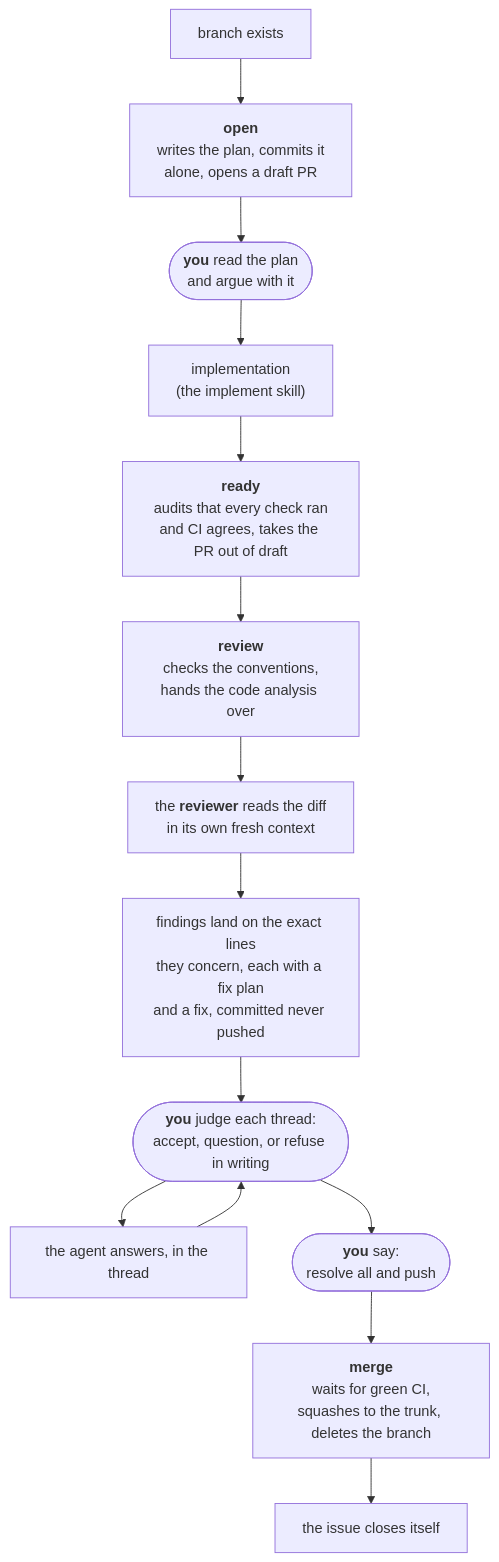
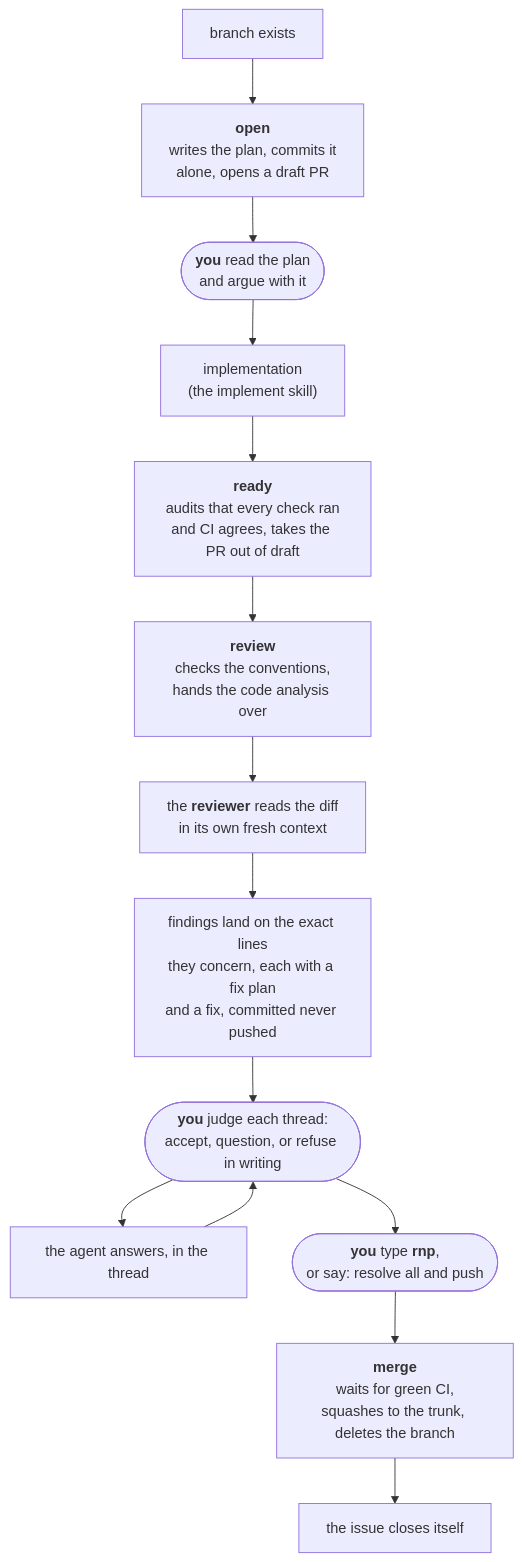
Before and after one commit to izkreny/agentifico: the diagram in plugins/gh-solo/skills/pr-flow/README.md, drawn with Mermaid. The commit also changed other lines of this file and 12 other files, not shown here.

First line of the commit message:
feat(gh-solo): add rnp shortcut for resolve and push (#47)

````diff
--- a/plugins/gh-solo/skills/pr-flow/README.md
+++ b/plugins/gh-solo/skills/pr-flow/README.md
@@ -24,16 +24,16 @@
 ```mermaid
 flowchart TD
     A["branch exists"] --> B["<b>open</b><br/>writes the plan, commits it<br/>alone, opens a draft PR"]
     B --> STOP(["<b>you</b> read the plan<br/>and argue with it"])
     STOP --> C["implementation<br/>(the implement skill)"]
     C --> D["<b>ready</b><br/>audits that every check ran<br/>and CI agrees, takes the PR out of draft"]
     D --> E["<b>review</b><br/>checks the conventions,<br/>hands the code analysis over"]
     E --> F["the <b>reviewer</b> reads the diff<br/>in its own fresh context"]
     F --> G["findings land on the exact lines<br/>they concern, each with a fix plan<br/>and a fix, committed never pushed"]
     G --> Q(["<b>you</b> judge each thread:<br/>accept, question, or refuse in writing"])
     Q --> R["the agent answers, in the thread"]
     R --> Q
-    Q --> S(["<b>you</b> say:<br/>resolve all and push"])
+    Q --> S(["<b>you</b> type <b>rnp</b>,<br/>or say: resolve all and push"])
     S --> J["<b>merge</b><br/>waits for green CI,<br/>squashes to the trunk, deletes the branch"]
     J --> K["the issue closes itself"]
 ```
````
